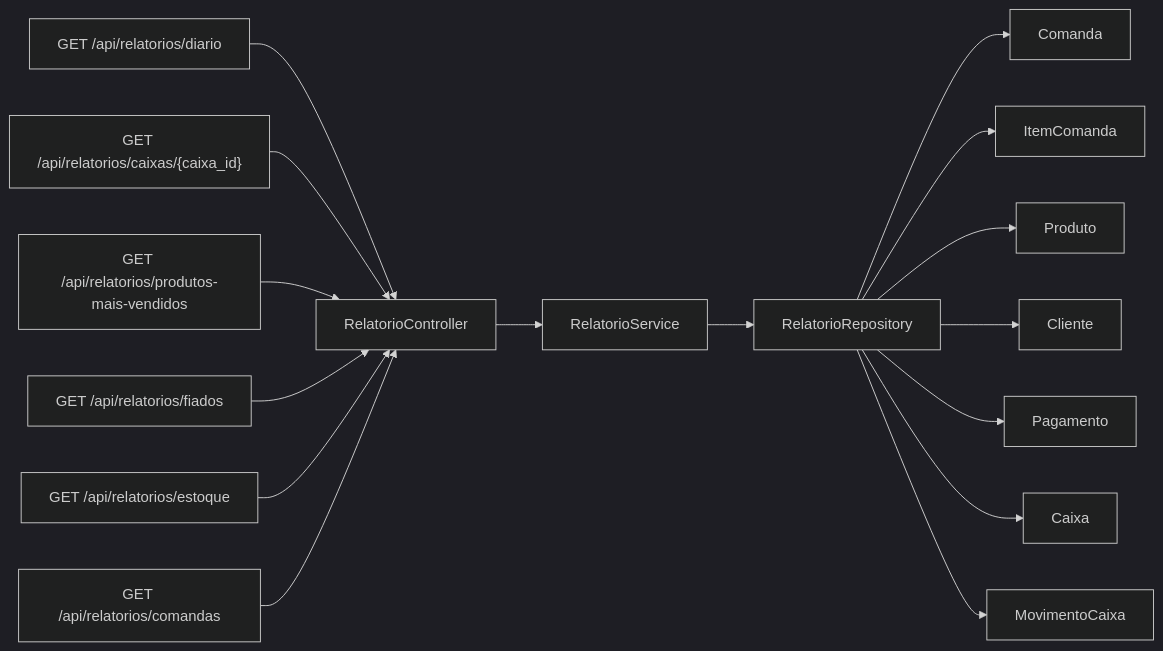
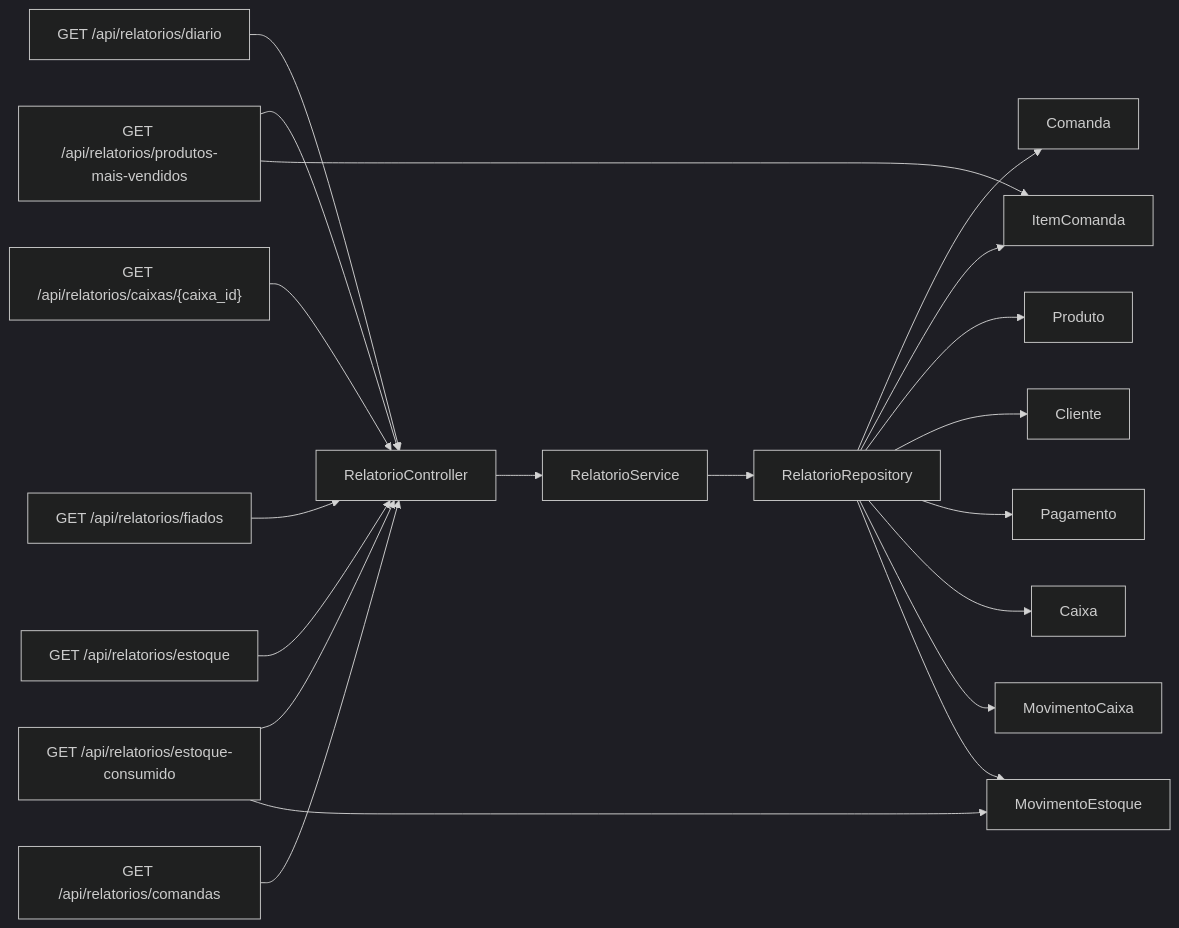
Before and after one commit to OtavioProcopio/area-verde: the diagram in docs/diagrams/modules/relatorios.md, drawn with Mermaid (dark theme). The commit also changed other lines of this file and 28 other files, not shown here.

````diff
--- a/docs/diagrams/modules/relatorios.md
+++ b/docs/diagrams/modules/relatorios.md
@@ -11,38 +11,45 @@
 ```mermaid
 flowchart LR
     Controller[RelatorioController]
     Service[RelatorioService]
     Repo[RelatorioRepository]
 
     Comanda[Comanda]
     Item[ItemComanda]
     Produto[Produto]
     Cliente[Cliente]
     Pagamento[Pagamento]
     Caixa[Caixa]
     MovimentoCaixa[MovimentoCaixa]
+    MovimentoEstoque[MovimentoEstoque]
 
     Diario["GET /api/relatorios/diario"]
     PorCaixa["GET /api/relatorios/caixas/{caixa_id}"]
     MaisVendidos["GET /api/relatorios/produtos-mais-vendidos"]
     Fiados["GET /api/relatorios/fiados"]
     Estoque["GET /api/relatorios/estoque"]
+    Consumo["GET /api/relatorios/estoque-consumido"]
     Status["GET /api/relatorios/comandas"]
 
     Diario --> Controller
     PorCaixa --> Controller
     MaisVendidos --> Controller
     Fiados --> Controller
     Estoque --> Controller
+    Consumo --> Controller
     Status --> Controller
 
     Controller --> Service
     Service --> Repo
     Repo --> Comanda
     Repo --> Item
     Repo --> Produto
     Repo --> Cliente
     Repo --> Pagamento
     Repo --> Caixa
     Repo --> MovimentoCaixa
+    Repo --> MovimentoEstoque
+
+    MaisVendidos --> Item
+    Consumo --> MovimentoEstoque
 ```
````
